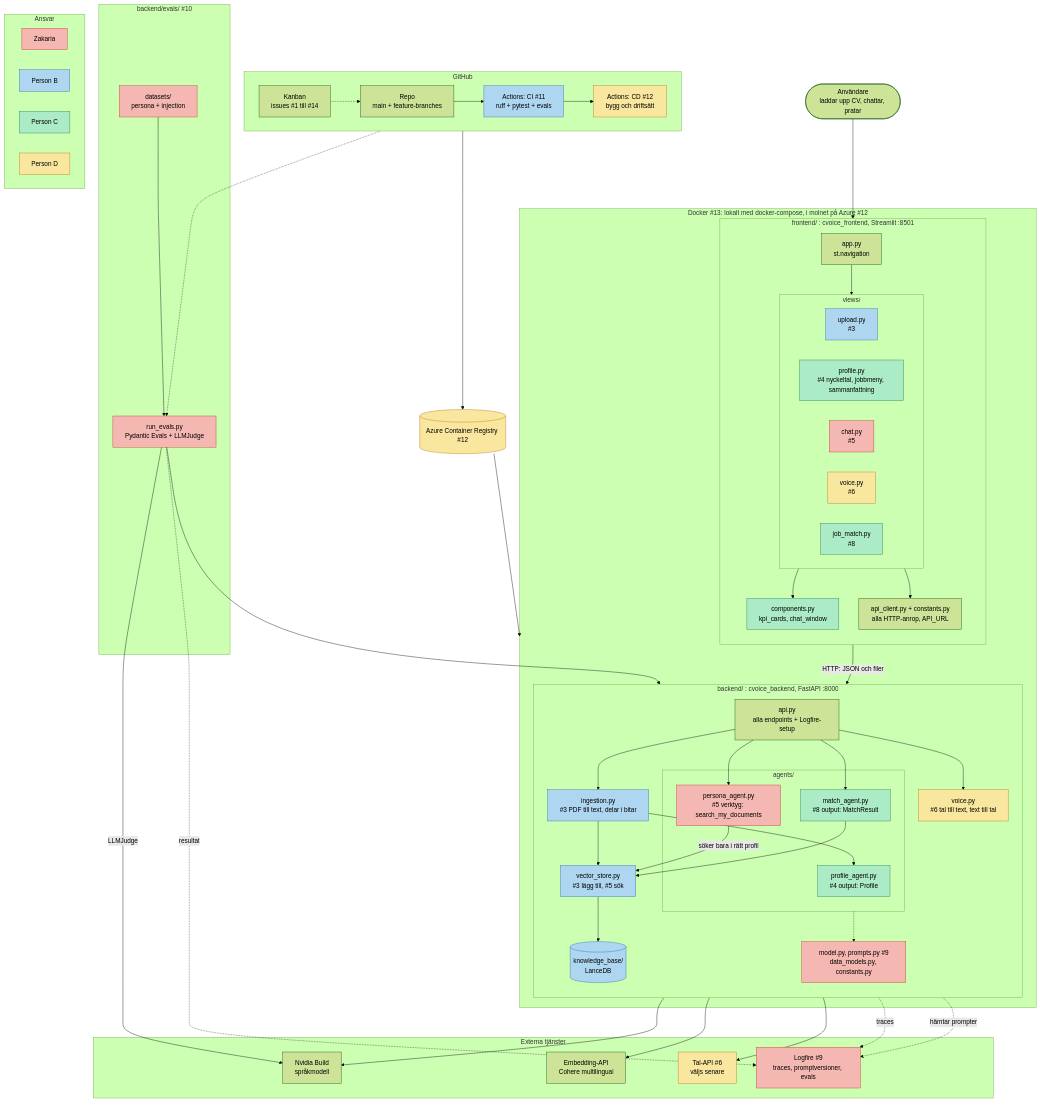
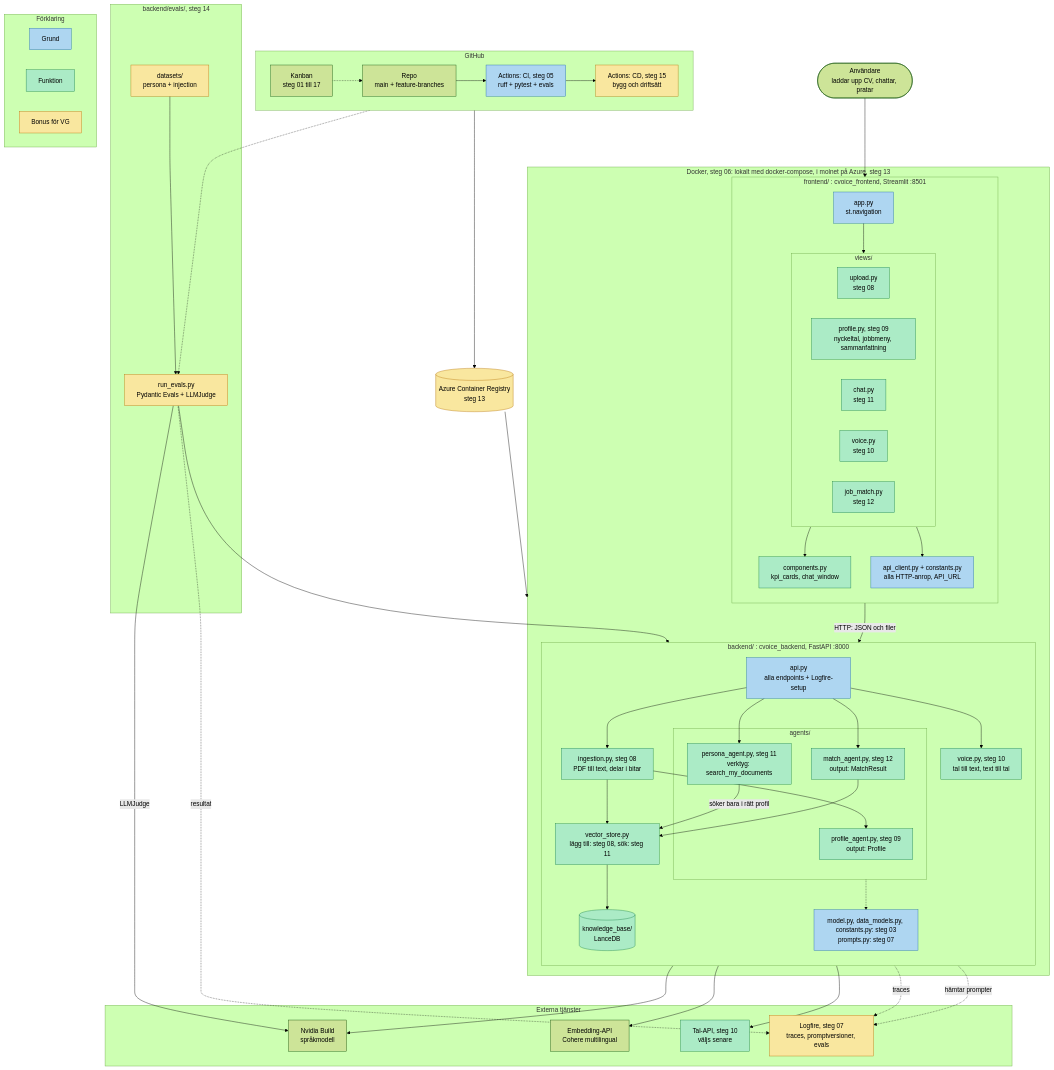
The diagram in docs/architecture/architecture.mmd (Zm-ah/Cvoice_Ai_ops_lab_group6), drawn with Mermaid (forest theme) before and after one commit. The commit also changed 2 other files, not shown here.

Commit message:
Update architecture diagram to match kanban steps

```diff
--- a/docs/architecture/architecture.mmd
+++ b/docs/architecture/architecture.mmd
@@ -1,104 +1,101 @@
 flowchart TB
     user(["Användare<br/>laddar upp CV, chattar, pratar"])
 
     subgraph gh["GitHub"]
         direction LR
-        kanban["Kanban<br/>issues #1 till #14"]
+        kanban["Kanban<br/>steg 01 till 17"]
         repo["Repo<br/>main + feature-branches"]
-        ci["Actions: CI #11<br/>ruff + pytest + evals"]
-        cd["Actions: CD #12<br/>bygg och driftsätt"]
+        ci["Actions: CI, steg 05<br/>ruff + pytest + evals"]
+        cd["Actions: CD, steg 15<br/>bygg och driftsätt"]
         kanban -.-> repo
         repo --> ci --> cd
     end
 
-    acr[("Azure Container Registry #12")]
+    acr[("Azure Container Registry<br/>steg 13")]
 
-    subgraph runtime["Docker #13: lokalt med docker-compose, i molnet på Azure #12"]
+    subgraph runtime["Docker, steg 06: lokalt med docker-compose, i molnet på Azure, steg 13"]
         subgraph fe["frontend/ : cvoice_frontend, Streamlit :8501"]
             direction TB
             app["app.py<br/>st.navigation"]
             subgraph views["views/"]
-                v_upload["upload.py<br/>#3"]
-                v_profile["profile.py<br/>#4 nyckeltal, jobbmeny, sammanfattning"]
-                v_chat["chat.py<br/>#5"]
-                v_voice["voice.py<br/>#6"]
-                v_match["job_match.py<br/>#8"]
+                v_upload["upload.py<br/>steg 08"]
+                v_profile["profile.py, steg 09<br/>nyckeltal, jobbmeny, sammanfattning"]
+                v_chat["chat.py<br/>steg 11"]
+                v_voice["voice.py<br/>steg 10"]
+                v_match["job_match.py<br/>steg 12"]
             end
             comps["components.py<br/>kpi_cards, chat_window"]
             client["api_client.py + constants.py<br/>alla HTTP-anrop, API_URL"]
             app --> views
             views --> comps
             views --> client
         end
 
         subgraph be["backend/ : cvoice_backend, FastAPI :8000"]
             direction TB
             api["api.py<br/>alla endpoints + Logfire-setup"]
-            ingest["ingestion.py<br/>#3 PDF till text, delar i bitar"]
+            ingest["ingestion.py, steg 08<br/>PDF till text, delar i bitar"]
             subgraph agents["agents/"]
-                a_prof["profile_agent.py<br/>#4 output: Profile"]
-                a_pers["persona_agent.py<br/>#5 verktyg: search_my_documents"]
-                a_match["match_agent.py<br/>#8 output: MatchResult"]
+                a_prof["profile_agent.py, steg 09<br/>output: Profile"]
+                a_pers["persona_agent.py, steg 11<br/>verktyg: search_my_documents"]
+                a_match["match_agent.py, steg 12<br/>output: MatchResult"]
             end
-            voicef["voice.py<br/>#6 tal till text, text till tal"]
-            vstore["vector_store.py<br/>#3 lägg till, #5 sök"]
-            shared["model.py, prompts.py #9<br/>data_models.py, constants.py"]
+            voicef["voice.py, steg 10<br/>tal till text, text till tal"]
+            vstore["vector_store.py<br/>lägg till: steg 08, sök: steg 11"]
+            shared["model.py, data_models.py, constants.py: steg 03<br/>prompts.py: steg 07"]
             lancedb[("knowledge_base/<br/>LanceDB")]
 
             api --> ingest
             ingest --> a_prof
             ingest --> vstore
             api --> a_pers
             a_pers -->|"söker bara i rätt profil"| vstore
             api --> a_match
             a_match --> vstore
             api --> voicef
             vstore --> lancedb
             agents -.-> shared
         end
     end
 
-    subgraph evalsbox["backend/evals/ #10"]
+    subgraph evalsbox["backend/evals/, steg 14"]
         datasets["datasets/<br/>persona + injection"]
         run_evals["run_evals.py<br/>Pydantic Evals + LLMJudge"]
         datasets --> run_evals
     end
 
     subgraph ext["Externa tjänster"]
         nvidia["Nvidia Build<br/>språkmodell"]
         embapi["Embedding-API<br/>Cohere multilingual"]
-        speech["Tal-API #6<br/>väljs senare"]
-        logfire["Logfire #9<br/>traces, promptversioner, evals"]
+        speech["Tal-API, steg 10<br/>väljs senare"]
+        logfire["Logfire, steg 07<br/>traces, promptversioner, evals"]
     end
 
-    subgraph legend["Ansvar"]
+    subgraph legend["Förklaring"]
         direction LR
-        L1["Zakaria"]
-        L2["Person B"]
-        L3["Person C"]
-        L4["Person D"]
+        L1["Grund"]
+        L2["Funktion"]
+        L3["Bonus för VG"]
     end
 
     user --> app
     client -->|"HTTP: JSON och filer"| api
     shared --> nvidia
     vstore --> embapi
     voicef --> speech
     api -.->|"traces"| logfire
     shared -.->|"hämtar prompter"| logfire
     run_evals --> a_pers
     run_evals -->|"LLMJudge"| nvidia
     run_evals -.->|"resultat"| logfire
     ci -.-> run_evals
     cd --> acr
     acr --> runtime
 
-    classDef zak fill:#f5b7b1,stroke:#c0392b,color:#000
-    classDef pb fill:#aed6f1,stroke:#2471a3,color:#000
-    classDef pc fill:#abebc6,stroke:#1e8449,color:#000
-    classDef pd fill:#f9e79f,stroke:#b9770e,color:#000
+    classDef grund fill:#aed6f1,stroke:#2471a3,color:#000
+    classDef funktion fill:#abebc6,stroke:#1e8449,color:#000
+    classDef bonus fill:#f9e79f,stroke:#b9770e,color:#000
 
-    class L1,a_pers,v_chat,shared,logfire,run_evals,datasets zak
-    class L2,v_upload,ingest,vstore,lancedb,ci pb
-    class L3,a_prof,v_profile,comps,a_match,v_match pc
-    class L4,voicef,v_voice,speech,cd,acr pd
+    class L1,shared,ci,api,client,app grund
+    class L2,v_upload,v_profile,v_chat,v_voice,v_match,comps,ingest,a_prof,a_pers,a_match,voicef,vstore,lancedb,speech funktion
+    class L3,logfire,datasets,run_evals,cd,acr bonus
```
